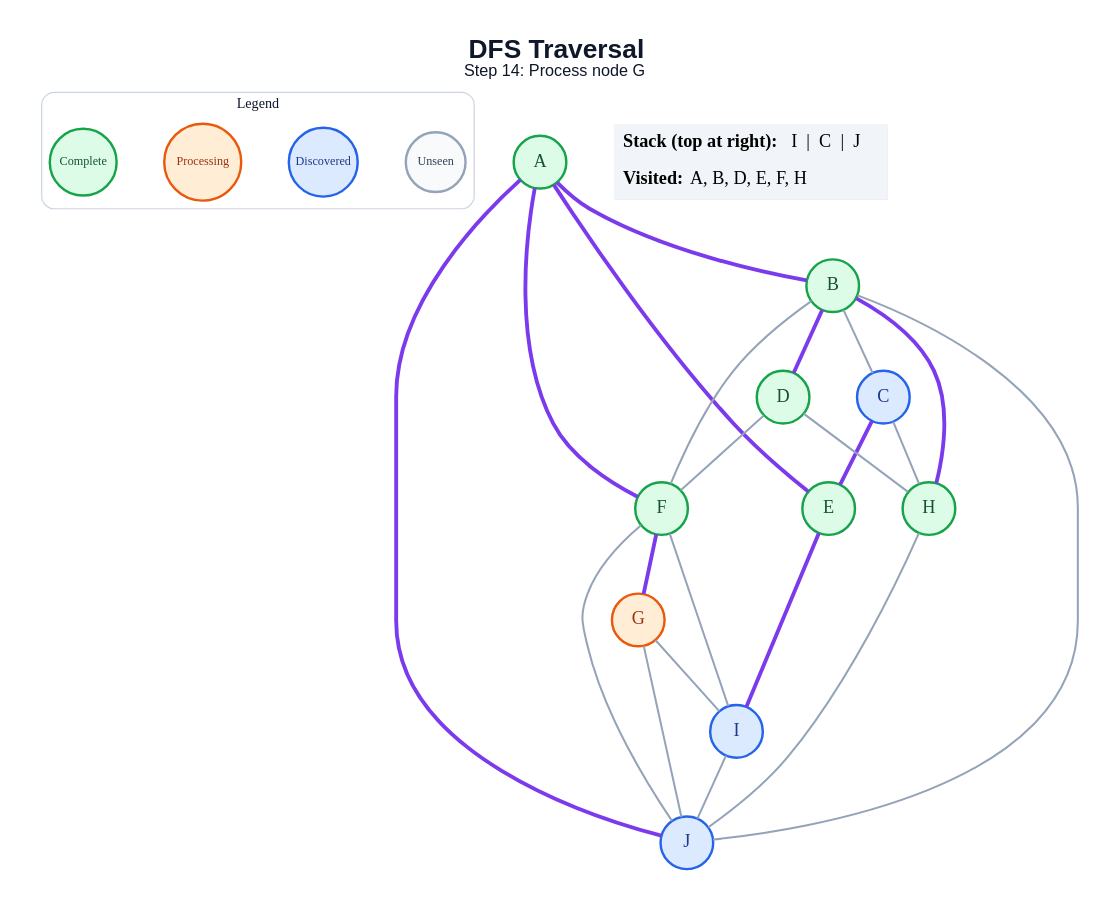
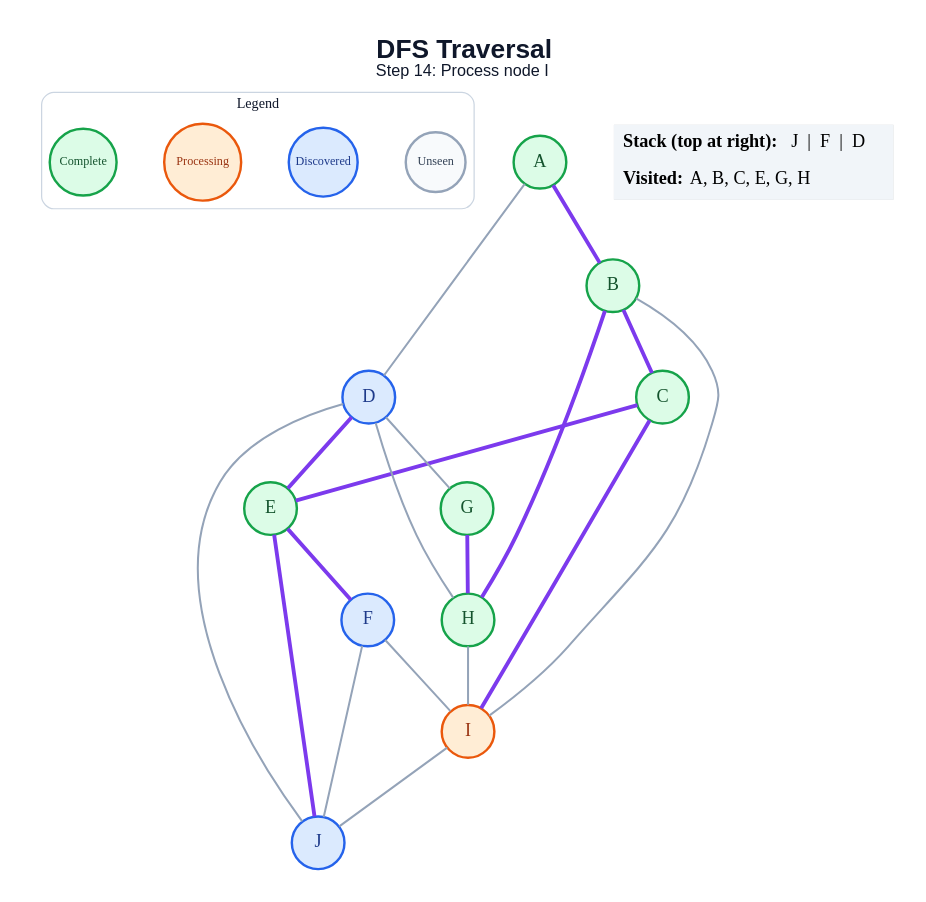
The diagram in generated/specific-node/dfs/step_14.dot (amanghodawala9/ai-slop), drawn with Graphviz before and after one commit. The commit also changed 178 other files, not shown here.

```diff
--- a/generated/specific-node/dfs/step_14.dot
+++ b/generated/specific-node/dfs/step_14.dot
@@ -1,50 +1,47 @@
 graph traversal {
   graph [layout=dot, rankdir=TB, bgcolor="#FFFFFF", pad="0.35", nodesep="0.65", ranksep="0.8", fontname="Arial"];
   node [shape=circle, style="filled", fontname="Arial Bold", fontsize=18, width=0.72, fixedsize=true, penwidth=2.4];
   edge [color="#94A3B8", penwidth=2.0];
-  label=<<B>DFS Traversal</B><BR/><FONT POINT-SIZE="16">Step 14: Process node G</FONT>>; labelloc="t"; fontsize=26; fontname="Arial"; fontcolor="#0F172A";
+  label=<<B>DFS Traversal</B><BR/><FONT POINT-SIZE="16">Step 14: Process node I</FONT>>; labelloc="t"; fontsize=26; fontname="Arial"; fontcolor="#0F172A";
   subgraph cluster_legend { label="Legend"; color="#CBD5E1"; penwidth=1.2; style="rounded"; fontsize=14; fontname="Arial Bold";
     key_unseen [label="Unseen", fillcolor="#F8FAFC", color="#94A3B8", fontcolor="#334155", fontsize=12, width=0.82];
     key_frontier [label="Discovered", fillcolor="#DBEAFE", color="#2563EB", fontcolor="#1E3A8A", fontsize=12, width=0.95];
     key_current [label="Processing", fillcolor="#FFEDD5", color="#EA580C", fontcolor="#9A3412", fontsize=12, width=1.05];
     key_done [label="Complete", fillcolor="#DCFCE7", color="#16A34A", fontcolor="#14532D", fontsize=12, width=0.92];
     { rank=same; key_unseen; key_frontier; key_current; key_done; }
   }
   A [fillcolor="#DCFCE7", color="#16A34A", fontcolor="#14532D"];
   B [fillcolor="#DCFCE7", color="#16A34A", fontcolor="#14532D"];
-  C [fillcolor="#DBEAFE", color="#2563EB", fontcolor="#1E3A8A"];
-  D [fillcolor="#DCFCE7", color="#16A34A", fontcolor="#14532D"];
+  C [fillcolor="#DCFCE7", color="#16A34A", fontcolor="#14532D"];
+  D [fillcolor="#DBEAFE", color="#2563EB", fontcolor="#1E3A8A"];
   E [fillcolor="#DCFCE7", color="#16A34A", fontcolor="#14532D"];
-  F [fillcolor="#DCFCE7", color="#16A34A", fontcolor="#14532D"];
-  G [fillcolor="#FFEDD5", color="#EA580C", fontcolor="#9A3412"];
+  F [fillcolor="#DBEAFE", color="#2563EB", fontcolor="#1E3A8A"];
+  G [fillcolor="#DCFCE7", color="#16A34A", fontcolor="#14532D"];
   H [fillcolor="#DCFCE7", color="#16A34A", fontcolor="#14532D"];
-  I [fillcolor="#DBEAFE", color="#2563EB", fontcolor="#1E3A8A"];
+  I [fillcolor="#FFEDD5", color="#EA580C", fontcolor="#9A3412"];
   J [fillcolor="#DBEAFE", color="#2563EB", fontcolor="#1E3A8A"];
   A -- B [color="#7C3AED", penwidth=3.8];
-  A -- E [color="#7C3AED", penwidth=3.8];
-  A -- F [color="#7C3AED", penwidth=3.8];
-  A -- J [color="#7C3AED", penwidth=3.8];
-  B -- C;
-  B -- D [color="#7C3AED", penwidth=3.8];
-  B -- F;
+  A -- D;
+  B -- C [color="#7C3AED", penwidth=3.8];
   B -- H [color="#7C3AED", penwidth=3.8];
-  B -- J;
+  B -- I;
   C -- E [color="#7C3AED", penwidth=3.8];
-  C -- H;
-  D -- F;
+  C -- I [color="#7C3AED", penwidth=3.8];
+  D -- E [color="#7C3AED", penwidth=3.8];
+  D -- G;
   D -- H;
-  E -- I [color="#7C3AED", penwidth=3.8];
-  F -- G [color="#7C3AED", penwidth=3.8];
+  D -- J;
+  E -- F [color="#7C3AED", penwidth=3.8];
+  E -- J [color="#7C3AED", penwidth=3.8];
   F -- I;
   F -- J;
-  G -- I;
-  G -- J;
-  H -- J;
+  G -- H [color="#7C3AED", penwidth=3.8];
+  H -- I;
   I -- J;
   status [shape=plain, fixedsize=false, width=0, height=0, margin=0, label=<
     <TABLE BORDER="0" CELLBORDER="0" CELLPADDING="7" BGCOLOR="#F1F5F9">
-      <TR><TD ALIGN="LEFT"><B>Stack (top at right):</B> I  |  C  |  J</TD></TR>
-      <TR><TD ALIGN="LEFT"><B>Visited:</B> A, B, D, E, F, H</TD></TR>
+      <TR><TD ALIGN="LEFT"><B>Stack (top at right):</B> J  |  F  |  D</TD></TR>
+      <TR><TD ALIGN="LEFT"><B>Visited:</B> A, B, C, E, G, H</TD></TR>
     </TABLE>
   >];
 }
```
